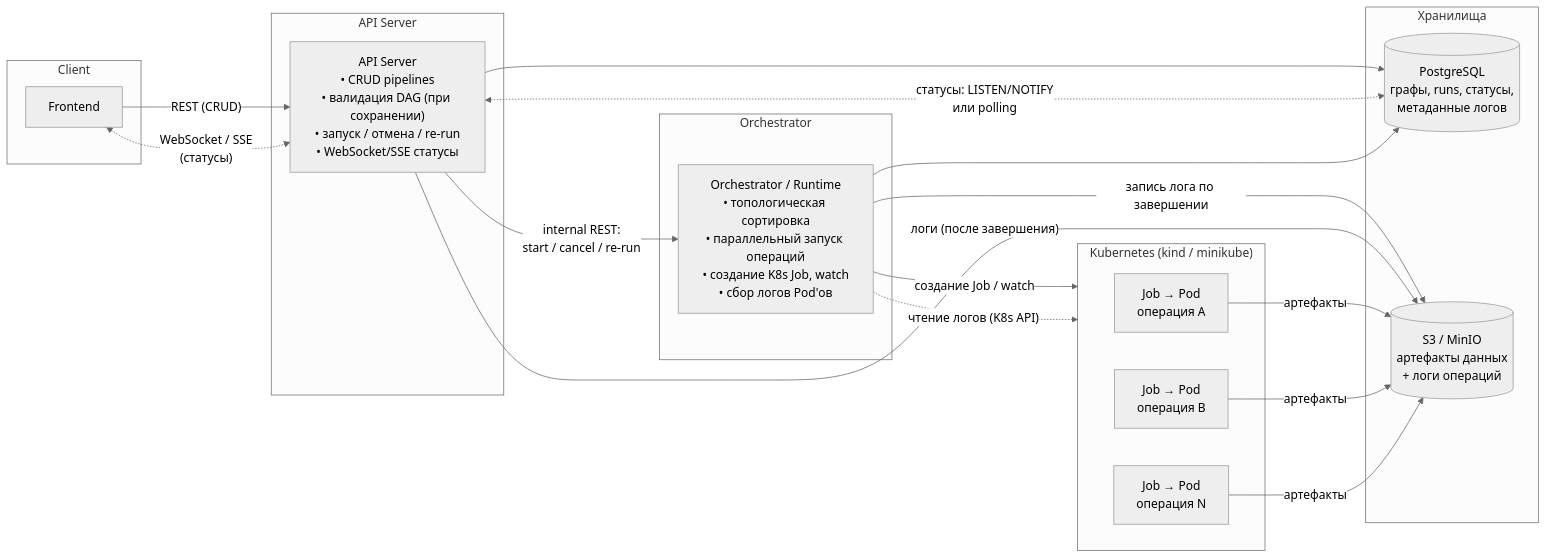
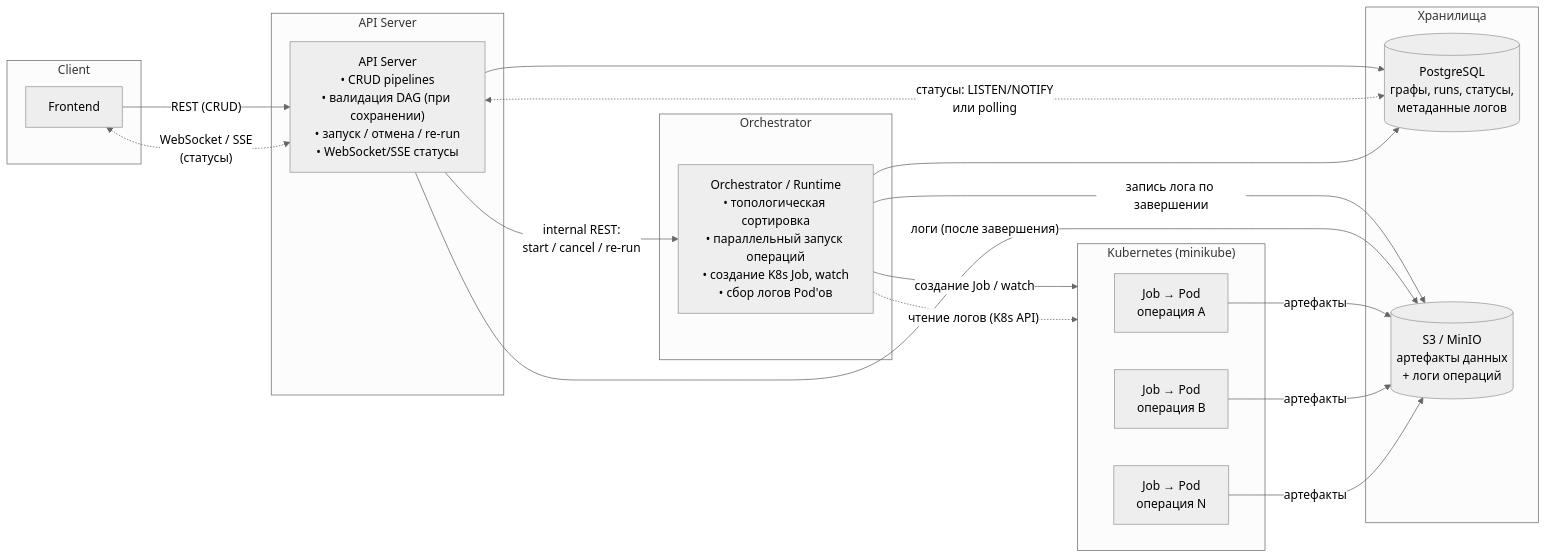
One commit to AnarCom/p-graph changed the first of 3 diagrams in README.md. Above: the diagram before and after it, drawn with Mermaid (neutral theme). The commit also changed other lines of this file, not shown here.

````diff
--- a/README.md
+++ b/README.md
@@ -7,39 +14,39 @@
 ```mermaid
 flowchart LR
     subgraph Client
         UI["Frontend"]
     end
 
     subgraph APISvc["API Server"]
         API["API Server<br/>• CRUD pipelines<br/>• валидация DAG (при сохранении)<br/>• запуск / отмена / re-run<br/>• WebSocket/SSE статусы"]
     end
 
     subgraph OrchSvc["Orchestrator"]
         ORCH["Orchestrator / Runtime<br/>• топологическая сортировка<br/>• параллельный запуск операций<br/>• создание K8s Job, watch<br/>• сбор логов Pod'ов"]
     end
 
     subgraph Data["Хранилища"]
         PG[("PostgreSQL<br/>графы, runs, статусы,<br/>метаданные логов")]
         S3[("S3 / MinIO<br/>артефакты данных<br/>+ логи операций")]
     end
 
-    subgraph K8s["Kubernetes (kind / minikube)"]
+    subgraph K8s["Kubernetes (minikube)"]
         JOB1["Job → Pod<br/>операция A"]
         JOB2["Job → Pod<br/>операция B"]
         JOBN["Job → Pod<br/>операция N"]
     end
 
     UI -- "REST (CRUD)" --> API
     UI <-. "WebSocket / SSE<br/>(статусы)" .-> API
     API -- "internal REST:<br/>start / cancel / re-run" --> ORCH
     API --> PG
     API <-. "статусы: LISTEN/NOTIFY<br/>или polling" .-> PG
     ORCH --> PG
     ORCH -- "создание Job / watch" --> K8s
     ORCH -. "чтение логов (K8s API)" .-> K8s
     ORCH -- "запись лога по завершении" --> S3
     API -- "логи (после завершения)" --> S3
     JOB1 -- "артефакты" --> S3
     JOB2 -- "артефакты" --> S3
     JOBN -- "артефакты" --> S3
 ```
````
